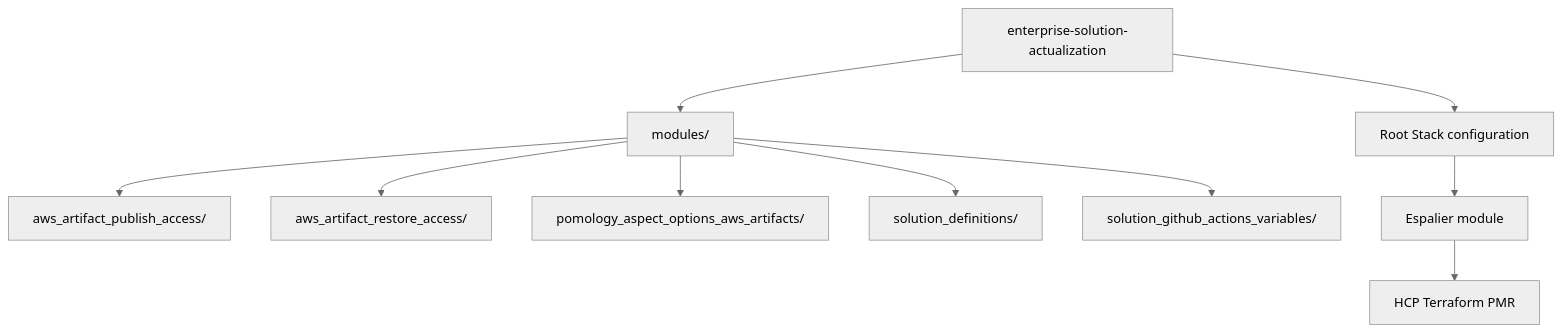
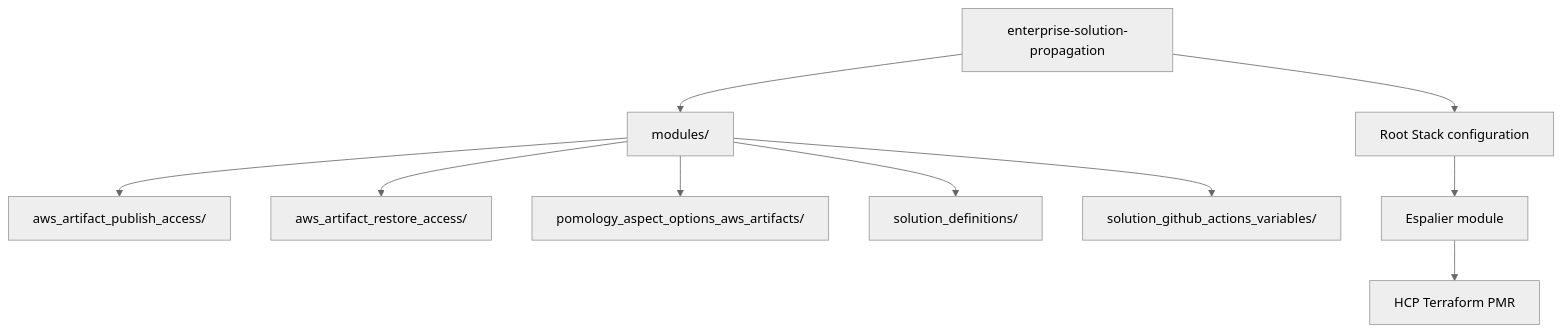
One commit to amiasea/enterprise-pomology-actualization changed the second of 2 diagrams in README.md. Above: the diagram before and after it, drawn with Mermaid (neutral theme). The commit also changed other lines of this file and 7 other files, not shown here.

````diff
--- a/README.md
+++ b/README.md
@@ -154,13 +154,13 @@
 ```mermaid
 flowchart TD
-    A["enterprise-solution-actualization"]
+    A["enterprise-solution-propagation"]
     A --> B["modules/"]
     B --> C["aws_artifact_publish_access/"]
     B --> D["aws_artifact_restore_access/"]
     B --> E["pomology_aspect_options_aws_artifacts/"]
     B --> F["solution_definitions/"]
     B --> G["solution_github_actions_variables/"]
     A --> H["Root Stack configuration"]
     H --> I["Espalier module"]
     I --> J["HCP Terraform PMR"]
 ```
````
